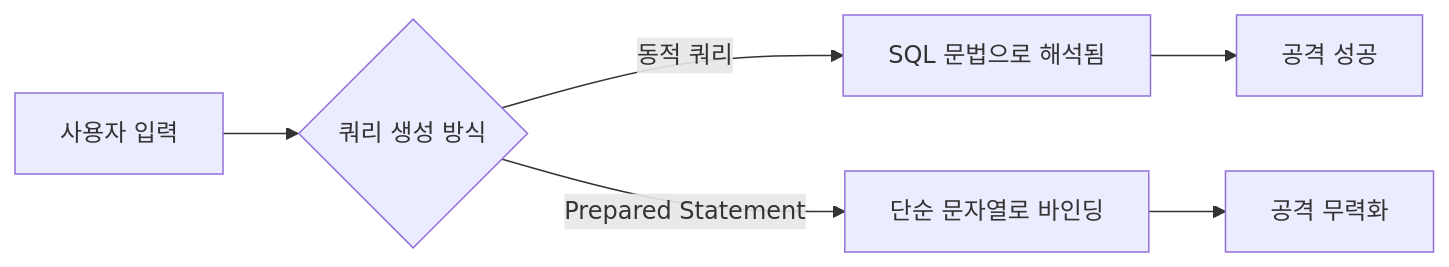
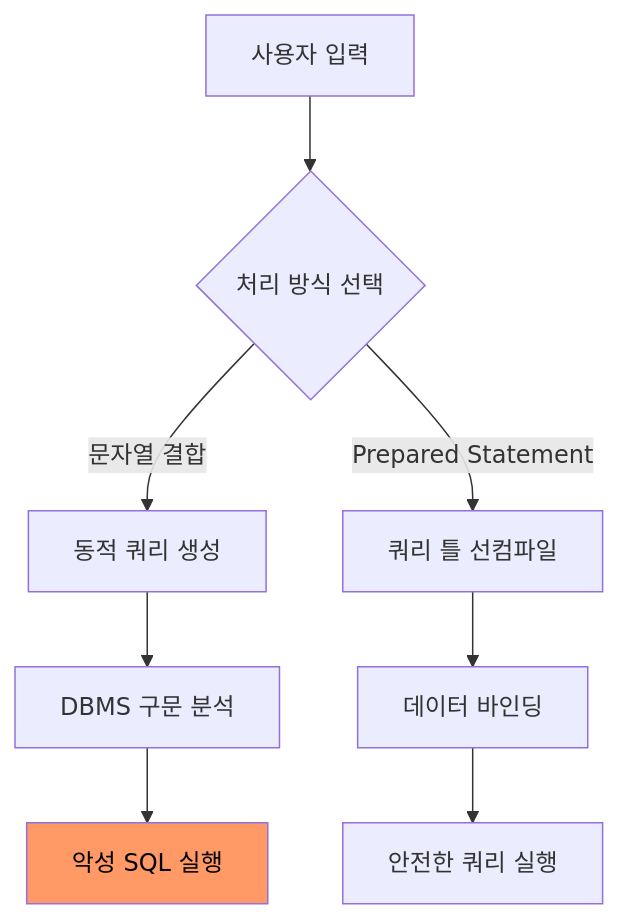
One commit to hyoguoo/hyoguoo.github.io changed the first of 2 diagrams in src/content/docs/docs/secure/secure-coding.md. Above: the diagram before and after it, drawn with Mermaid. The commit also changed other lines of this file, not shown here.

````diff
--- a/src/content/docs/docs/secure/secure-coding.md
+++ b/src/content/docs/docs/secure/secure-coding.md
@@ -25,6 +38,11 @@
 ```mermaid
-flowchart LR
-    A[사용자 입력] --> B{쿼리 생성 방식}
-    B -- 동적 쿼리 --> C[SQL 문법으로 해석됨] --> D[공격 성공]
-    B -- Prepared Statement --> E[단순 문자열로 바인딩] --> F[공격 무력화]
+flowchart TD
+    classDef point fill: #f96, color: #000
+    A[사용자 입력] --> B{처리 방식 선택}
+    B -- 문자열 결합 --> C[동적 쿼리 생성]
+    C --> D[DBMS 구문 분석]
+    D --> E[악성 SQL 실행]:::point
+    B -- Prepared Statement --> F[쿼리 틀 선컴파일]
+    F --> G[데이터 바인딩]
+    G --> H[안전한 쿼리 실행]
 ```
````
